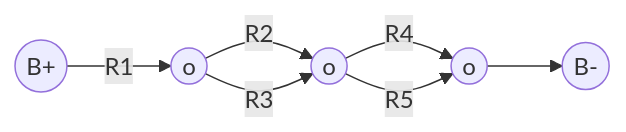
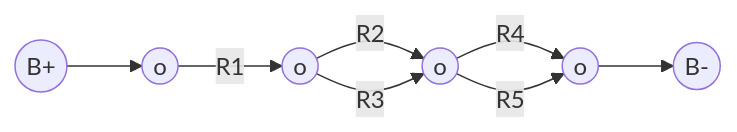
Before and after one commit to govert9213275/Mathematics_Physics_Lectures: diagram 12 of 16 in sandbox/curcite.md, drawn with Mermaid.

Commit message:
Refactor Case 2 circuit representation to use edges instead of nodes for resistors, improving clarity and reducing complexity

````diff
--- a/sandbox/curcite.md
+++ b/sandbox/curcite.md
@@ -153,9 +153,10 @@
 ```mermaid
 graph LR
-    B+((B+))-->|R1|o1((o))
+    B+((B+))-->o0((o))
+    o0-->|R1|o1((o))
     o1-->|R2|o2((o))
     o1-->|R3|o2
     o2-->|R4|o3((o))
     o2-->|R5|o3
     o3-->B-((B-))
 ```
````
